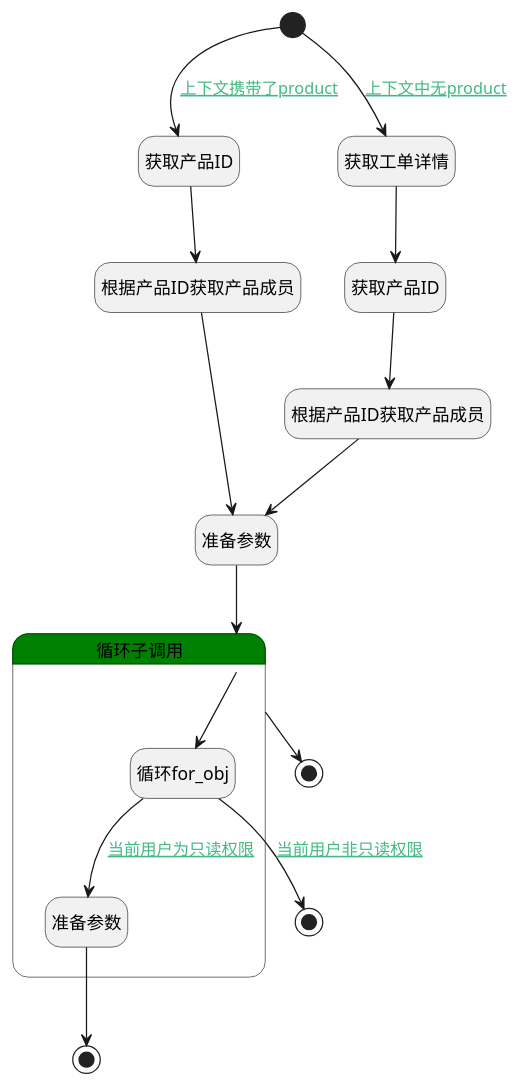
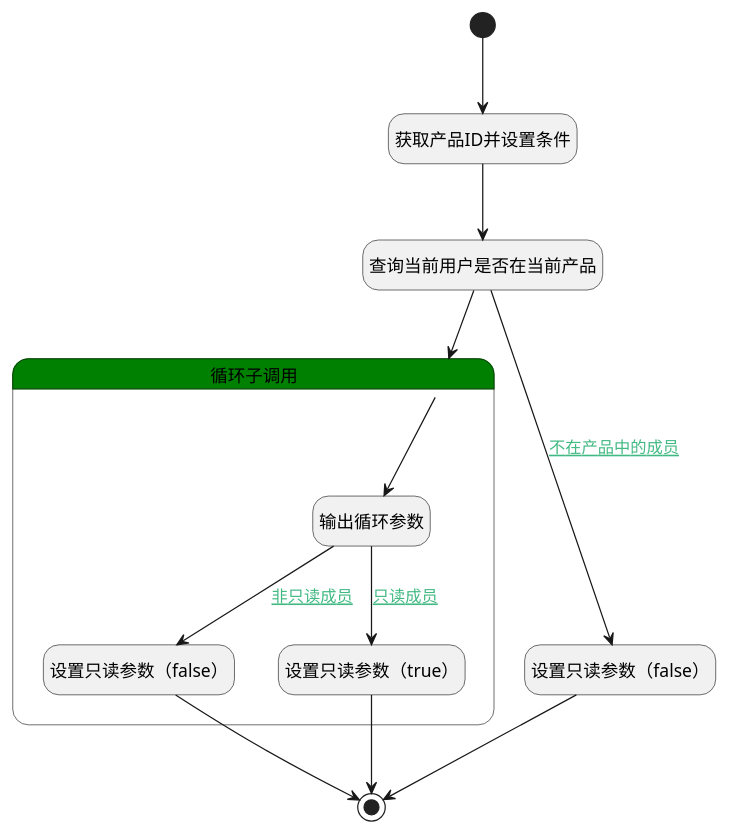
The diagram in doc/docsify/module/ProdMgmt/ticket/logic/get_product_member.md (iBizLab/plm), drawn with PlantUML before and after one commit. The commit also changed other lines of this file and 2344 other files, not shown here.

````diff
--- a/doc/docsify/module/ProdMgmt/ticket/logic/get_product_member.md
+++ b/doc/docsify/module/ProdMgmt/ticket/logic/get_product_member.md
@@ -7,43 +7,36 @@
 ```plantuml
 @startuml
 hide empty description
 <style>
 root {
   HyperlinkColor #42b983
 }
 </style>
 
 hide empty description
 state "开始" as Begin <<start>> [[$./get_product_member#begin {"开始"}]]
-state "获取产品ID" as PREPAREPARAM2  [[$./get_product_member#prepareparam2 {"获取产品ID"}]]
-state "根据产品ID获取产品成员" as DEDATASET2  [[$./get_product_member#dedataset2 {"根据产品ID获取产品成员"}]]
-state "获取工单详情" as DEACTION1  [[$./get_product_member#deaction1 {"获取工单详情"}]]
-state "获取产品ID" as PREPAREPARAM1  [[$./get_product_member#prepareparam1 {"获取产品ID"}]]
-state "根据产品ID获取产品成员" as DEDATASET1  [[$./get_product_member#dedataset1 {"根据产品ID获取产品成员"}]]
-state "准备参数" as PREPAREPARAM3  [[$./get_product_member#prepareparam3 {"准备参数"}]]
-state "结束" as END3 <<end>> [[$./get_product_member#end3 {"结束"}]]
-state "结束" as END2 <<end>> [[$./get_product_member#end2 {"结束"}]]
-state "跳出循环" as END1 <<end>> [[$./get_product_member#end1 {"跳出循环"}]]
-state "循环子调用" as LOOPSUBCALL1  [[$./get_product_member#loopsubcall1 {"循环子调用"}]] #green {
-state "循环for_obj" as DEBUGPARAM5  [[$./get_product_member#debugparam5 {"循环for_obj"}]]
-state "准备参数" as PREPAREPARAM4  [[$./get_product_member#prepareparam4 {"准备参数"}]]
+state "获取产品ID并设置条件" as PREPAREPARAM2  [[$./get_product_member#prepareparam2 {"获取产品ID并设置条件"}]]
+state "查询当前用户是否在当前产品" as DEDATASET3  [[$./get_product_member#dedataset3 {"查询当前用户是否在当前产品"}]]
+state "设置只读参数（false）" as PREPAREPARAM8  [[$./get_product_member#prepareparam8 {"设置只读参数（false）"}]]
+state "结束" as END6 <<end>> [[$./get_product_member#end6 {"结束"}]]
+state "循环子调用" as LOOPSUBCALL3  [[$./get_product_member#loopsubcall3 {"循环子调用"}]] #green {
+state "输出循环参数" as DEBUGPARAM6  [[$./get_product_member#debugparam6 {"输出循环参数"}]]
+state "设置只读参数（false）" as PREPAREPARAM9  [[$./get_product_member#prepareparam9 {"设置只读参数（false）"}]]
+state "设置只读参数（true）" as PREPAREPARAM10  [[$./get_product_member#prepareparam10 {"设置只读参数（true）"}]]
 }
 
 
-Begin --> DEACTION1 : [[$./get_product_member#begin-deaction1{上下文中无product} 上下文中无product]]
-DEACTION1 --> PREPAREPARAM1
-PREPAREPARAM1 --> DEDATASET1
-DEDATASET1 --> PREPAREPARAM3
-PREPAREPARAM3 --> LOOPSUBCALL1
-LOOPSUBCALL1 --> DEBUGPARAM5
-DEBUGPARAM5 --> PREPAREPARAM4 : [[$./get_product_member#debugparam5-prepareparam4{当前用户为只读权限} 当前用户为只读权限]]
-PREPAREPARAM4 --> END1
-DEBUGPARAM5 --> END3 : [[$./get_product_member#debugparam5-end3{当前用户非只读权限} 当前用户非只读权限]]
-LOOPSUBCALL1 --> END2
-Begin --> PREPAREPARAM2 : [[$./get_product_member#begin-prepareparam2{上下文携带了product} 上下文携带了product]]
-PREPAREPARAM2 --> DEDATASET2
-DEDATASET2 --> PREPAREPARAM3
+Begin --> PREPAREPARAM2
+PREPAREPARAM2 --> DEDATASET3
+DEDATASET3 --> LOOPSUBCALL3
+LOOPSUBCALL3 --> DEBUGPARAM6
+DEBUGPARAM6 --> PREPAREPARAM9 : [[$./get_product_member#debugparam6-prepareparam9{非只读成员} 非只读成员]]
+PREPAREPARAM9 --> END6
+DEBUGPARAM6 --> PREPAREPARAM10 : [[$./get_product_member#debugparam6-prepareparam10{只读成员} 只读成员]]
+PREPAREPARAM10 --> END6
+DEDATASET3 --> PREPAREPARAM8 : [[$./get_product_member#dedataset3-prepareparam8{不在产品中的成员} 不在产品中的成员]]
+PREPAREPARAM8 --> END6
 
 
 @enduml
 ```
````
